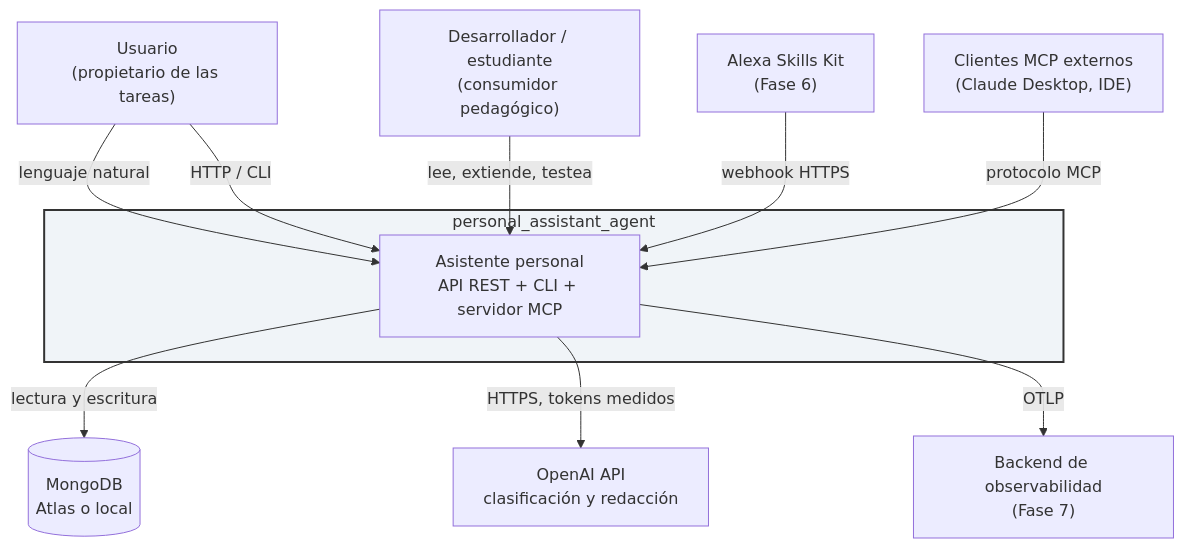
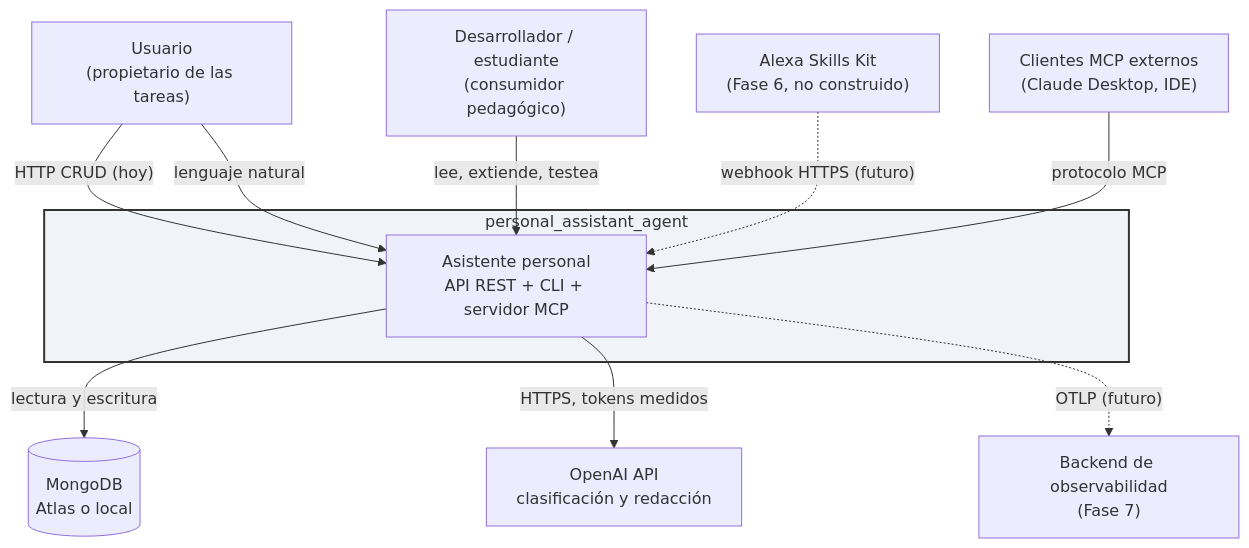
The first of 5 diagrams in docs/arquitectura_solucion.md (AlexisBerrio/personal_assistant_agent), drawn with Mermaid before and after one commit. The commit also changed other lines of this file and 1 other file, not shown here.

````diff
--- a/docs/arquitectura_solucion.md
+++ b/docs/arquitectura_solucion.md
@@ -56,27 +73,27 @@
 ```mermaid
 graph TB
     U["Usuario<br/>(propietario de las tareas)"]
     DEV["Desarrollador / estudiante<br/>(consumidor pedagógico)"]
 
     subgraph SYS["personal_assistant_agent"]
         CORE["Asistente personal<br/>API REST + CLI + servidor MCP"]
     end
 
     MDB[("MongoDB<br/>Atlas o local")]
     OAI["OpenAI API<br/>clasificación y redacción"]
-    ALX["Alexa Skills Kit<br/>(Fase 6)"]
+    ALX["Alexa Skills Kit<br/>(Fase 6, no construido)"]
     MCPC["Clientes MCP externos<br/>(Claude Desktop, IDE)"]
     OBSB["Backend de observabilidad<br/>(Fase 7)"]
 
+    U -->|"HTTP CRUD (hoy)"| CORE
     U -->|"lenguaje natural"| CORE
-    U -->|"HTTP / CLI"| CORE
     DEV -->|"lee, extiende, testea"| CORE
-    ALX -->|"webhook HTTPS"| CORE
+    ALX -.->|"webhook HTTPS (futuro)"| CORE
     MCPC -->|"protocolo MCP"| CORE
 
     CORE -->|"lectura y escritura"| MDB
     CORE -->|"HTTPS, tokens medidos"| OAI
-    CORE -->|"OTLP"| OBSB
+    CORE -.->|"OTLP (futuro)"| OBSB
 
     style SYS fill:#f0f4f8,stroke:#333,stroke-width:2px
 ```
````
